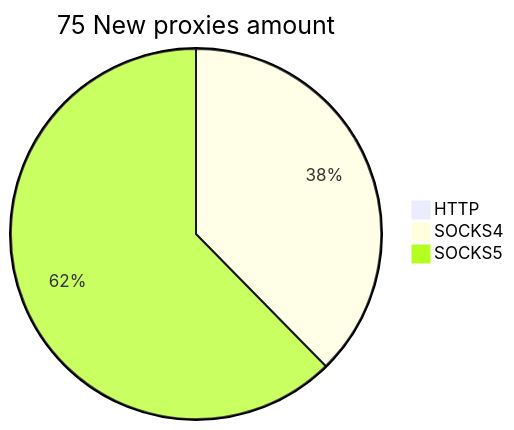
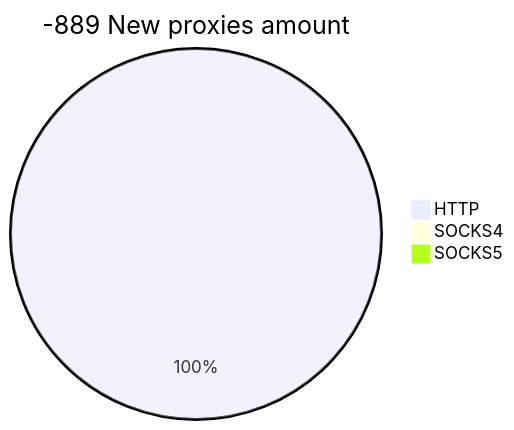
Before and after one commit to cutipu/proxylist: the second of 2 diagrams in README.md, drawn with Mermaid. The commit also changed other lines of this file, not shown here.

````diff
--- a/README.md
+++ b/README.md
@@ -10,6 +10,6 @@
 ```mermaid
-pie title 75 New proxies amount
-    "HTTP" : 0
-    "SOCKS4" : 32
-    "SOCKS5" : 53
+pie title -889 New proxies amount
+    "HTTP" : 70
+    "SOCKS4" : 0
+    "SOCKS5" : 0
 ```
````
